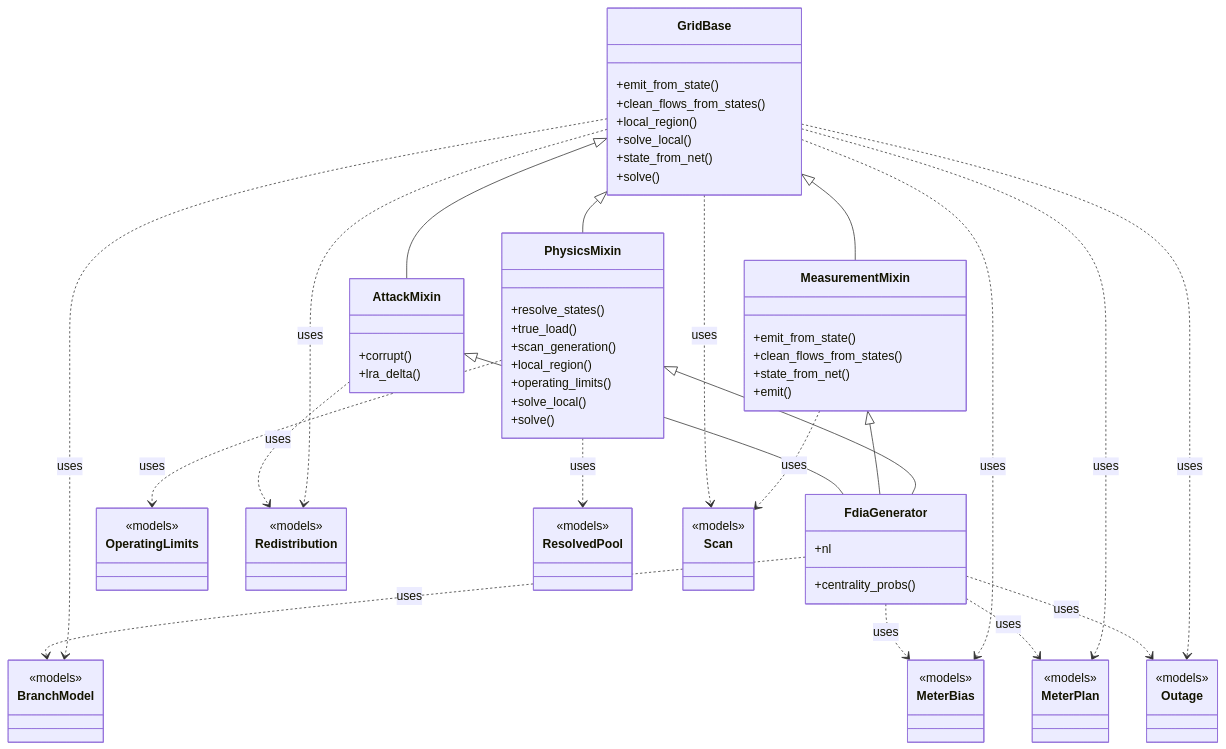
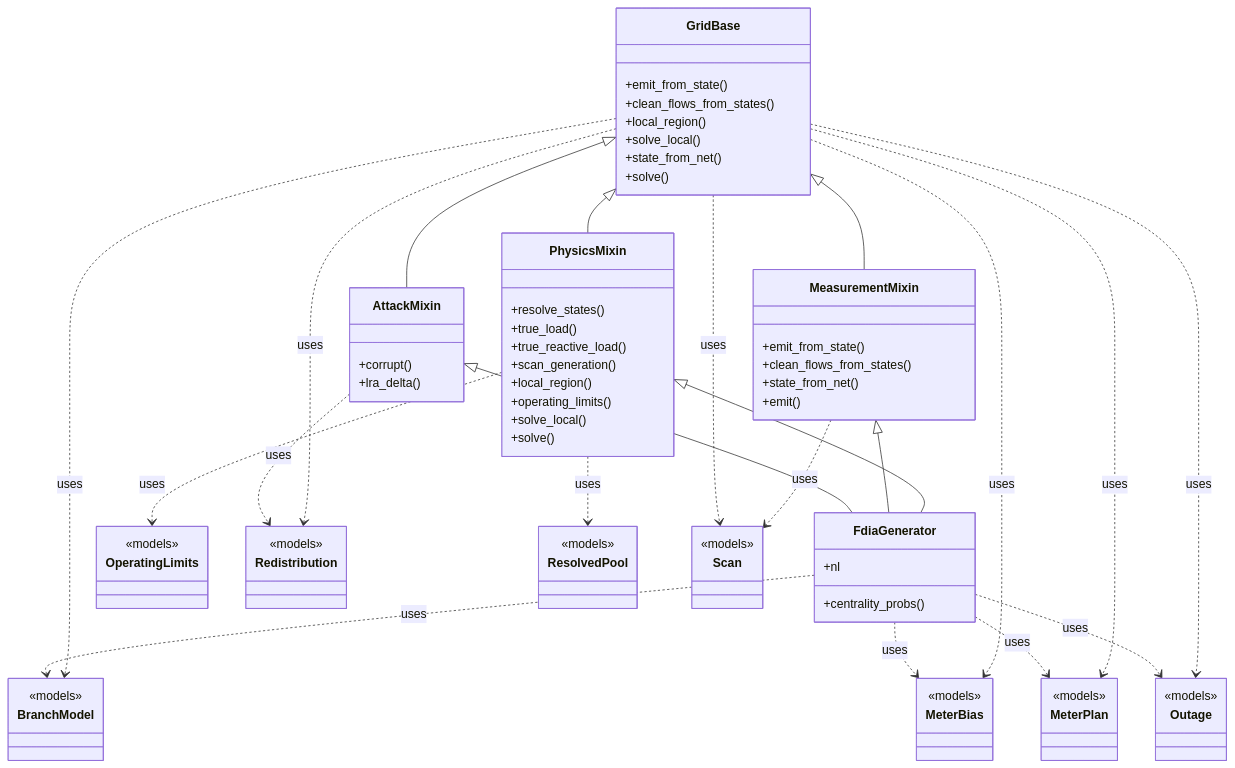
One commit to myersben9/fdia-graph changed the diagram in docs/figures/diagrams/classes_engine.mmd. Above: the diagram before and after it, drawn with Mermaid. The commit also changed 2 other files, not shown here.

Commit message:
Engine class diagram: true_reactive_load

```diff
--- a/docs/figures/diagrams/classes_engine.mmd
+++ b/docs/figures/diagrams/classes_engine.mmd
@@ -1,76 +1,77 @@
 classDiagram
     class GridBase {
         +emit_from_state()
         +clean_flows_from_states()
         +local_region()
         +solve_local()
         +state_from_net()
         +solve()
     }
     class MeasurementMixin {
         +emit_from_state()
         +clean_flows_from_states()
         +state_from_net()
         +emit()
     }
     class PhysicsMixin {
         +resolve_states()
         +true_load()
+        +true_reactive_load()
         +scan_generation()
         +local_region()
         +operating_limits()
         +solve_local()
         +solve()
     }
     class AttackMixin {
         +corrupt()
         +lra_delta()
     }
     class FdiaGenerator {
         +nl
         +centrality_probs()
     }
     class BranchModel {
         <<models>>
     }
     class MeterBias {
         <<models>>
     }
     class MeterPlan {
         <<models>>
     }
     class OperatingLimits {
         <<models>>
     }
     class Outage {
         <<models>>
     }
     class Redistribution {
         <<models>>
     }
     class ResolvedPool {
         <<models>>
     }
     class Scan {
         <<models>>
     }
     AttackMixin <|-- FdiaGenerator
     GridBase <|-- AttackMixin
     GridBase <|-- MeasurementMixin
     GridBase <|-- PhysicsMixin
     MeasurementMixin <|-- FdiaGenerator
     PhysicsMixin <|-- FdiaGenerator
     AttackMixin ..> Redistribution : uses
     FdiaGenerator ..> BranchModel : uses
     FdiaGenerator ..> MeterBias : uses
     FdiaGenerator ..> MeterPlan : uses
     FdiaGenerator ..> Outage : uses
     GridBase ..> BranchModel : uses
     GridBase ..> MeterBias : uses
     GridBase ..> MeterPlan : uses
     GridBase ..> Outage : uses
     GridBase ..> Redistribution : uses
     GridBase ..> Scan : uses
     MeasurementMixin ..> Scan : uses
     PhysicsMixin ..> OperatingLimits : uses
     PhysicsMixin ..> ResolvedPool : uses
```
